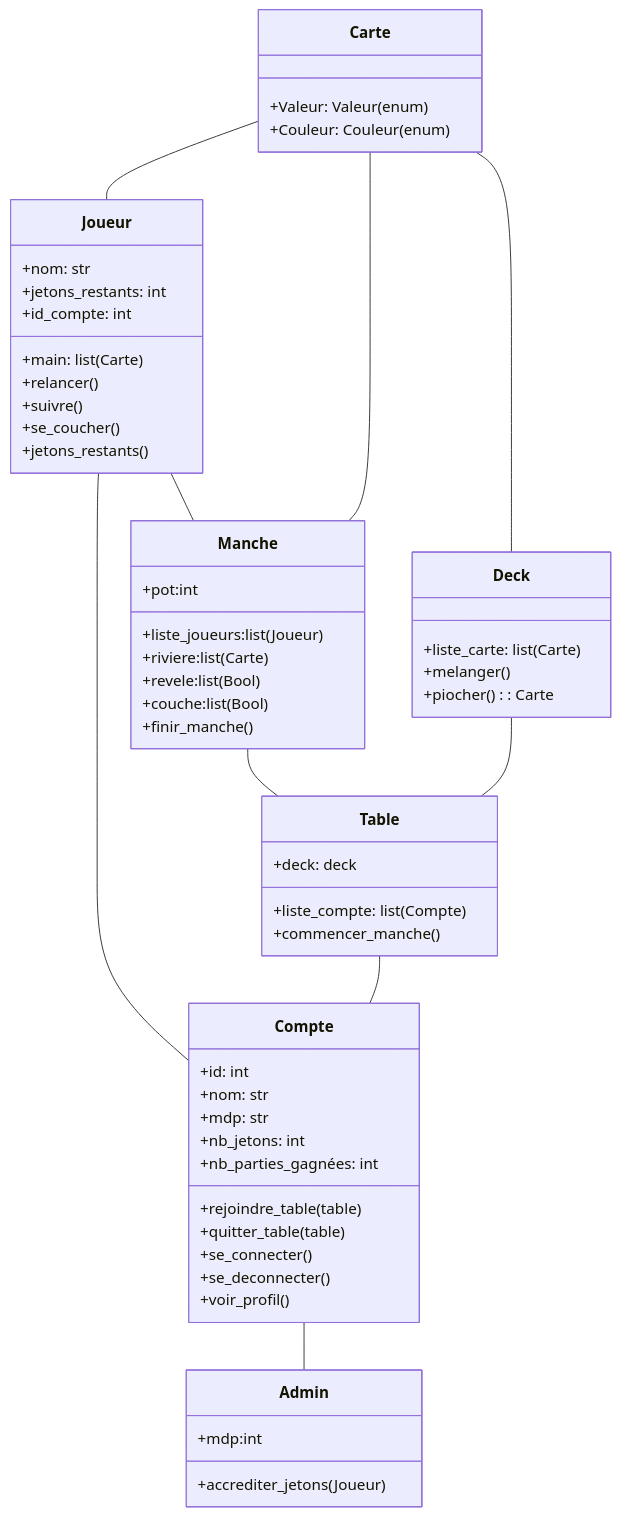
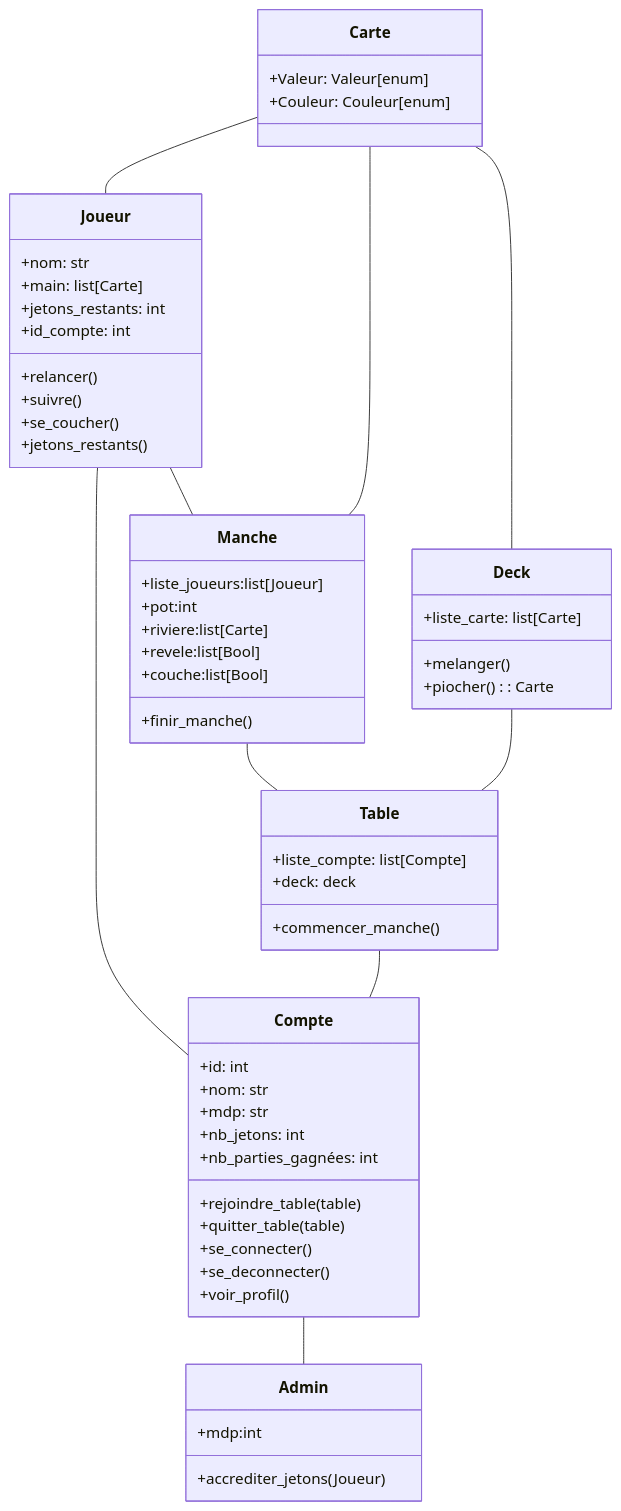
The diagram in doc/diag_classes.md (MrJoy27/ENSAI-2A-projet-info), drawn with Mermaid before and after one commit.

Commit message:
correction typo diagramme_classe

````diff
--- a/doc/diag_classes.md
+++ b/doc/diag_classes.md
@@ -17,67 +17,67 @@
 ```mermaid
 classDiagram
     class Joueur {
       +nom: str
-      +main: list(Carte)
+      +main: list[Carte]
       +jetons_restants: int
       +id_compte: int 
       +relancer()
       +suivre()
       +se_coucher()
       +jetons_restants()
     }
     
     class Carte {
-      +Valeur: Valeur(enum)
-      +Couleur: Couleur(enum)
+      +Valeur: Valeur[enum]
+      +Couleur: Couleur[enum]
     }
     
     class Manche {
-      +liste_joueurs:list(Joueur)
+      +liste_joueurs:list[Joueur]
       +pot:int
-      +riviere:list(Carte)
-      +revele:list(Bool)
-      +couche:list(Bool)
+      +riviere:list[Carte]
+      +revele:list[Bool]
+      +couche:list[Bool]
       +finir_manche()
     }
 
     class Table {
-      +liste_compte: list(Compte)
+      +liste_compte: list[Compte]
       +deck: deck 
       +commencer_manche()
     }
     
     class Compte {
       +id: int
       +nom: str
       +mdp: str
       +nb_jetons: int
       +nb_parties_gagnées: int 
       +rejoindre_table(table)
       +quitter_table(table)
       +se_connecter()
       +se_deconnecter()
       +voir_profil()
     }
 
     class Admin {
       +mdp:int
       +accrediter_jetons(Joueur)
     }
 
     class Deck {
-      +liste_carte: list(Carte)
+      +liste_carte: list[Carte]
       +melanger()
       +piocher(): Carte
     }
 
     Carte -- Joueur
     Carte -- Manche
     Carte -- Deck
     Deck -- Table
     Joueur -- Compte
     Joueur -- Manche
     Manche -- Table
     Table -- Compte
     Compte -- Admin
 ```
````
